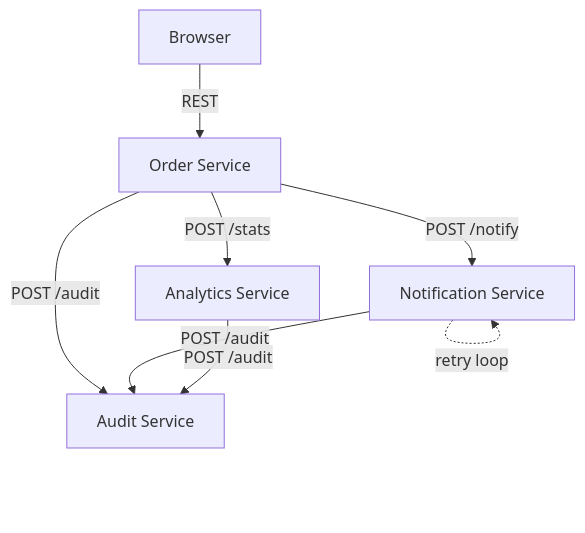
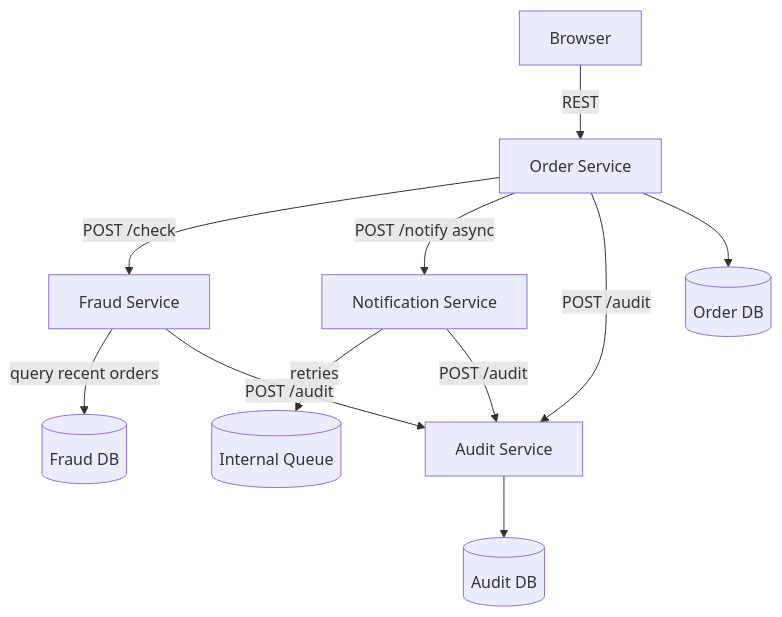
One commit to reifocS/kafka-dojo-mercredi-veille changed the fourth of 4 diagrams in README.md. Above: the diagram before and after it, drawn with Mermaid. The commit also changed other lines of this file and 4 other files, not shown here.

````diff
--- a/README.md
+++ b/README.md
@@ -51,13 +93,18 @@
 ```mermaid
 graph TD
     Browser -->|REST| Order[Order Service]
 
-    Order -->|POST /notify| Notif[Notification Service]
-    Order -->|POST /stats| Analytics[Analytics Service]
+    Order -->|POST /check| Fraud[Fraud Service]
+    Fraud -->|query recent orders| FraudDB[(Fraud DB)]
+
+    Order -->|POST /notify async| Notif[Notification Service]
+    Notif -->|retries| NotifQueue[(Internal Queue)]
+
     Order -->|POST /audit| Audit[Audit Service]
+    Audit --> AuditDB[(Audit DB)]
 
     Notif -->|POST /audit| Audit
-    Analytics -->|POST /audit| Audit
+    Fraud -->|POST /audit| Audit
 
-    Notif -.->|retry loop| Notif
+    Order --> OrderDB[(Order DB)]
 ```
````
